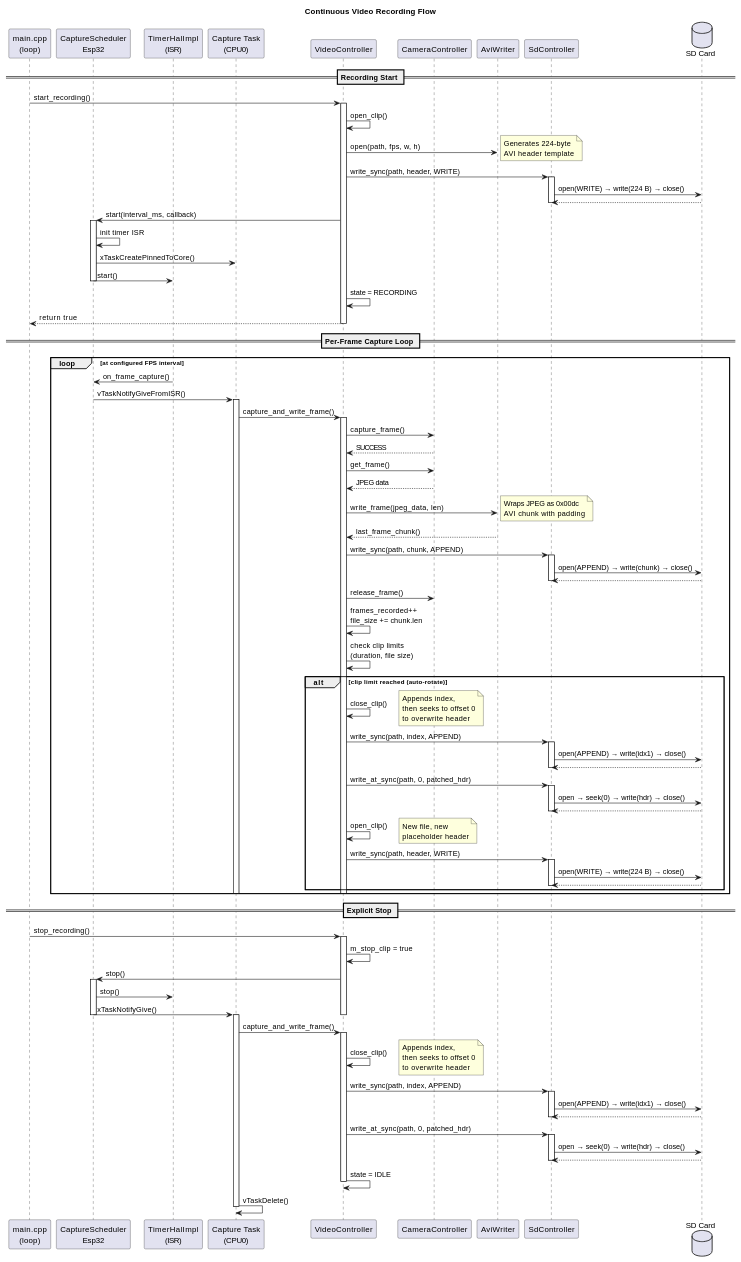
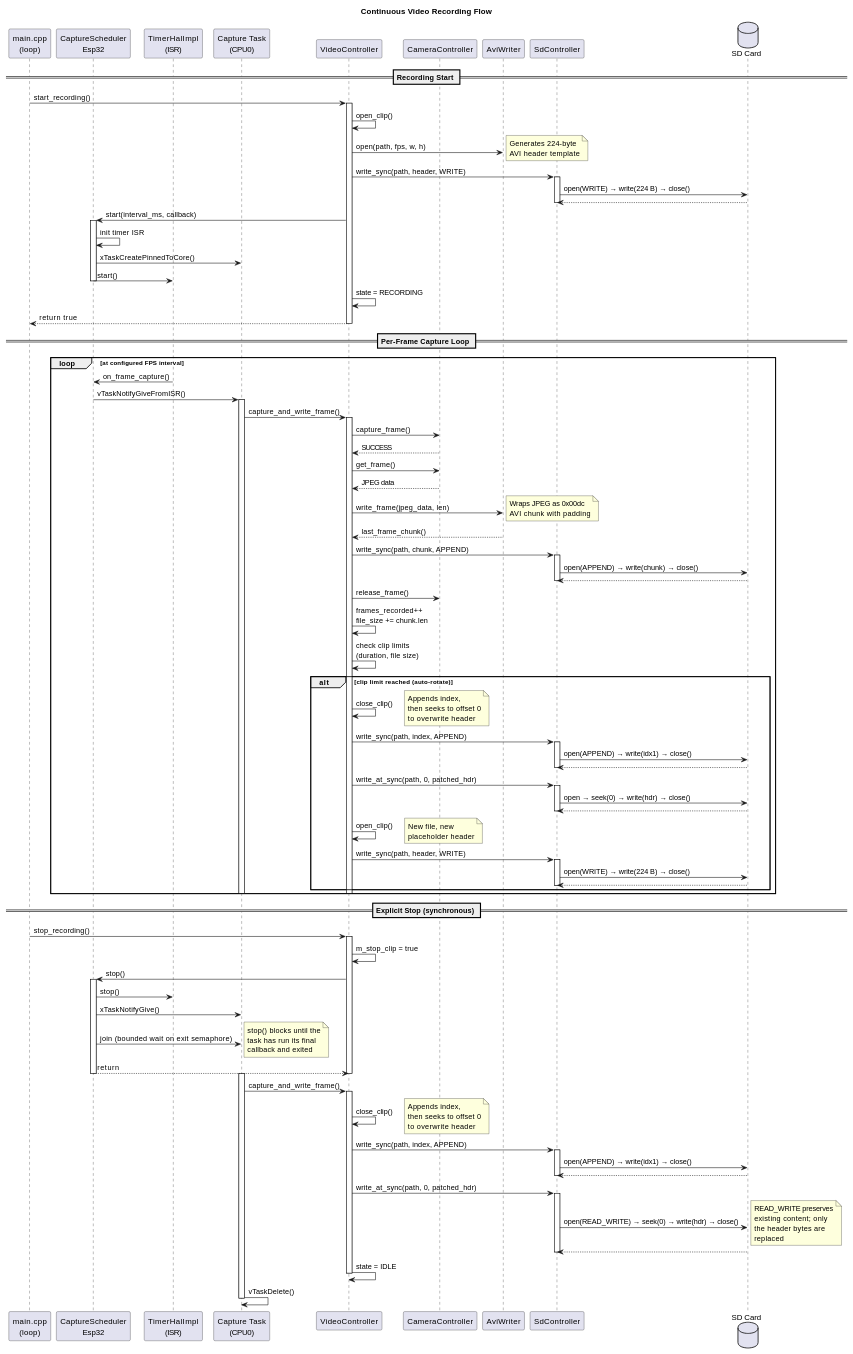
One commit to timwalsh41/micro-security-cam changed the first of 2 diagrams in docs/SYSTEM_DESIGN.md. Above: the diagram before and after it, drawn with PlantUML. The commit also changed other lines of this file and 29 other files, not shown here.

```diff
--- a/docs/SYSTEM_DESIGN.md
+++ b/docs/SYSTEM_DESIGN.md
@@ -845,7 +882,7 @@
 
 end
 
-== Explicit Stop ==
+== Explicit Stop (synchronous) ==
 
 MAIN -> VC : stop_recording()
 activate VC
@@ -854,6 +891,9 @@
 activate CS
 CS -> TMR : stop()
 CS -> TASK : xTaskNotifyGive()
+CS -> TASK : join (bounded wait on exit semaphore)
+note right: stop() blocks until the\ntask has run its final\ncallback and exited
+CS --> VC : return
 deactivate CS
 deactivate VC
 
@@ -869,7 +909,8 @@
 deactivate SDC
 VC -> SDC : write_at_sync(path, 0, patched_hdr)
 activate SDC
-SDC -> SD : open → seek(0) → write(hdr) → close()
+SDC -> SD : open(READ_WRITE) → seek(0) → write(hdr) → close()
+note right: READ_WRITE preserves\nexisting content; only\nthe header bytes are\nreplaced
 SD --> SDC
 deactivate SDC
 VC -> VC : state = IDLE
```
